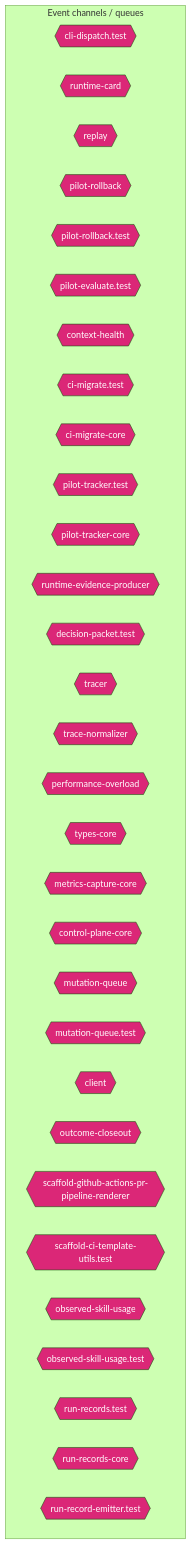
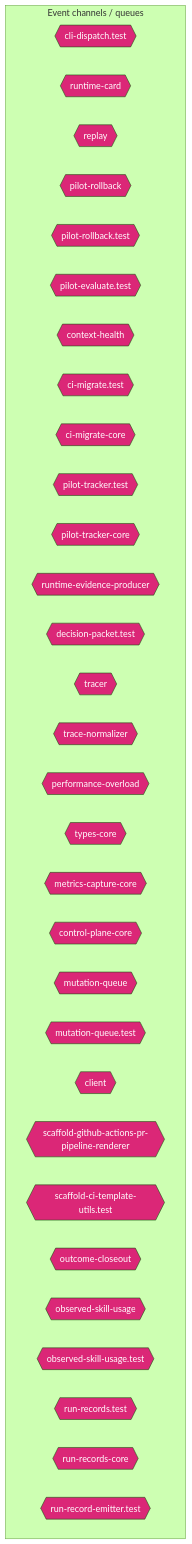
Before and after one commit to jscraik/coding-harness: the ninth of 14 diagrams in AI/context/diagram-context.md, drawn with Mermaid (forest theme). The commit also changed other lines of this file and 12 other files, not shown here.

````diff
--- a/AI/context/diagram-context.md
+++ b/AI/context/diagram-context.md
@@ -1633,38 +1642,38 @@
 ```mermaid
 flowchart TD
   subgraph Channels["Event channels / queues"]
     cli_dispatch_test_54c9f17b{{"cli-dispatch.test"}}
     runtime_card_e06b53e1{{"runtime-card"}}
     replay_ac203c98{{"replay"}}
     pilot_rollback_00c1f82c{{"pilot-rollback"}}
     pilot_rollback_test_e61d5a2b{{"pilot-rollback.test"}}
     pilot_evaluate_test_a2ac06fc{{"pilot-evaluate.test"}}
     context_health_80bb7da9{{"context-health"}}
     ci_migrate_test_2a015bb9{{"ci-migrate.test"}}
     ci_migrate_core_7005b5af{{"ci-migrate-core"}}
     pilot_tracker_test_80398a66{{"pilot-tracker.test"}}
     pilot_tracker_core_80d8ac96{{"pilot-tracker-core"}}
     runtime_evidence_producer_ea388cb5{{"runtime-evidence-producer"}}
     decision_packet_test_9ea0e97b{{"decision-packet.test"}}
     tracer_1e6243a2{{"tracer"}}
     trace_normalizer_cb1be1d2{{"trace-normalizer"}}
     performance_overload_c685bfcf{{"performance-overload"}}
     types_core_e405ddca{{"types-core"}}
     metrics_capture_core_db4bf7cf{{"metrics-capture-core"}}
     control_plane_core_db3b4cb2{{"control-plane-core"}}
     mutation_queue_ce5a530e{{"mutation-queue"}}
     mutation_queue_test_10b599e8{{"mutation-queue.test"}}
     client_1_914e1681{{"client"}}
-    outcome_closeout_ba497ec2{{"outcome-closeout"}}
     scaffold_github_actions_pr_pipeline_renderer_1ee18de5{{"scaffold-github-actions-pr-pipeline-renderer"}}
     scaffold_ci_template_utils_test_b94825d9{{"scaffold-ci-template-utils.test"}}
+    outcome_closeout_ba497ec2{{"outcome-closeout"}}
     observed_skill_usage_ed7d5930{{"observed-skill-usage"}}
     observed_skill_usage_test_311c215a{{"observed-skill-usage.test"}}
     run_records_test_3ee6a0e3{{"run-records.test"}}
     run_records_core_89286dfa{{"run-records-core"}}
     run_record_emitter_test_5475c0da{{"run-record-emitter.test"}}
   end
   classDef eventNode fill:#db2777,color:#fff
-  class cli_dispatch_test_54c9f17b,runtime_card_e06b53e1,replay_ac203c98,pilot_rollback_00c1f82c,pilot_rollback_test_e61d5a2b,pilot_evaluate_test_a2ac06fc,context_health_80bb7da9,ci_migrate_test_2a015bb9,ci_migrate_core_7005b5af,pilot_tracker_test_80398a66,pilot_tracker_core_80d8ac96,runtime_evidence_producer_ea388cb5,decision_packet_test_9ea0e97b,tracer_1e6243a2,trace_normalizer_cb1be1d2,performance_overload_c685bfcf,types_core_e405ddca,metrics_capture_core_db4bf7cf,control_plane_core_db3b4cb2,mutation_queue_ce5a530e,mutation_queue_test_10b599e8,client_1_914e1681,outcome_closeout_ba497ec2,scaffold_github_actions_pr_pipeline_renderer_1ee18de5,scaffold_ci_template_utils_test_b94825d9,observed_skill_usage_ed7d5930,observed_skill_usage_test_311c215a,run_records_test_3ee6a0e3,run_records_core_89286dfa,run_record_emitter_test_5475c0da eventNode
+  class cli_dispatch_test_54c9f17b,runtime_card_e06b53e1,replay_ac203c98,pilot_rollback_00c1f82c,pilot_rollback_test_e61d5a2b,pilot_evaluate_test_a2ac06fc,context_health_80bb7da9,ci_migrate_test_2a015bb9,ci_migrate_core_7005b5af,pilot_tracker_test_80398a66,pilot_tracker_core_80d8ac96,runtime_evidence_producer_ea388cb5,decision_packet_test_9ea0e97b,tracer_1e6243a2,trace_normalizer_cb1be1d2,performance_overload_c685bfcf,types_core_e405ddca,metrics_capture_core_db4bf7cf,control_plane_core_db3b4cb2,mutation_queue_ce5a530e,mutation_queue_test_10b599e8,client_1_914e1681,scaffold_github_actions_pr_pipeline_renderer_1ee18de5,scaffold_ci_template_utils_test_b94825d9,outcome_closeout_ba497ec2,observed_skill_usage_ed7d5930,observed_skill_usage_test_311c215a,run_records_test_3ee6a0e3,run_records_core_89286dfa,run_record_emitter_test_5475c0da eventNode
 
 ```
````
